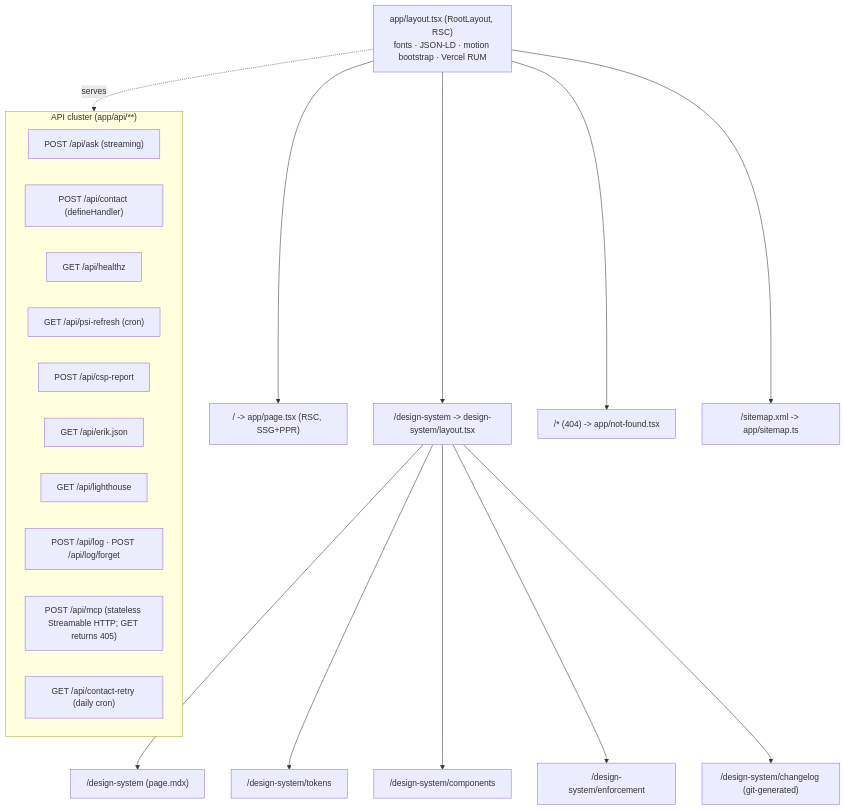
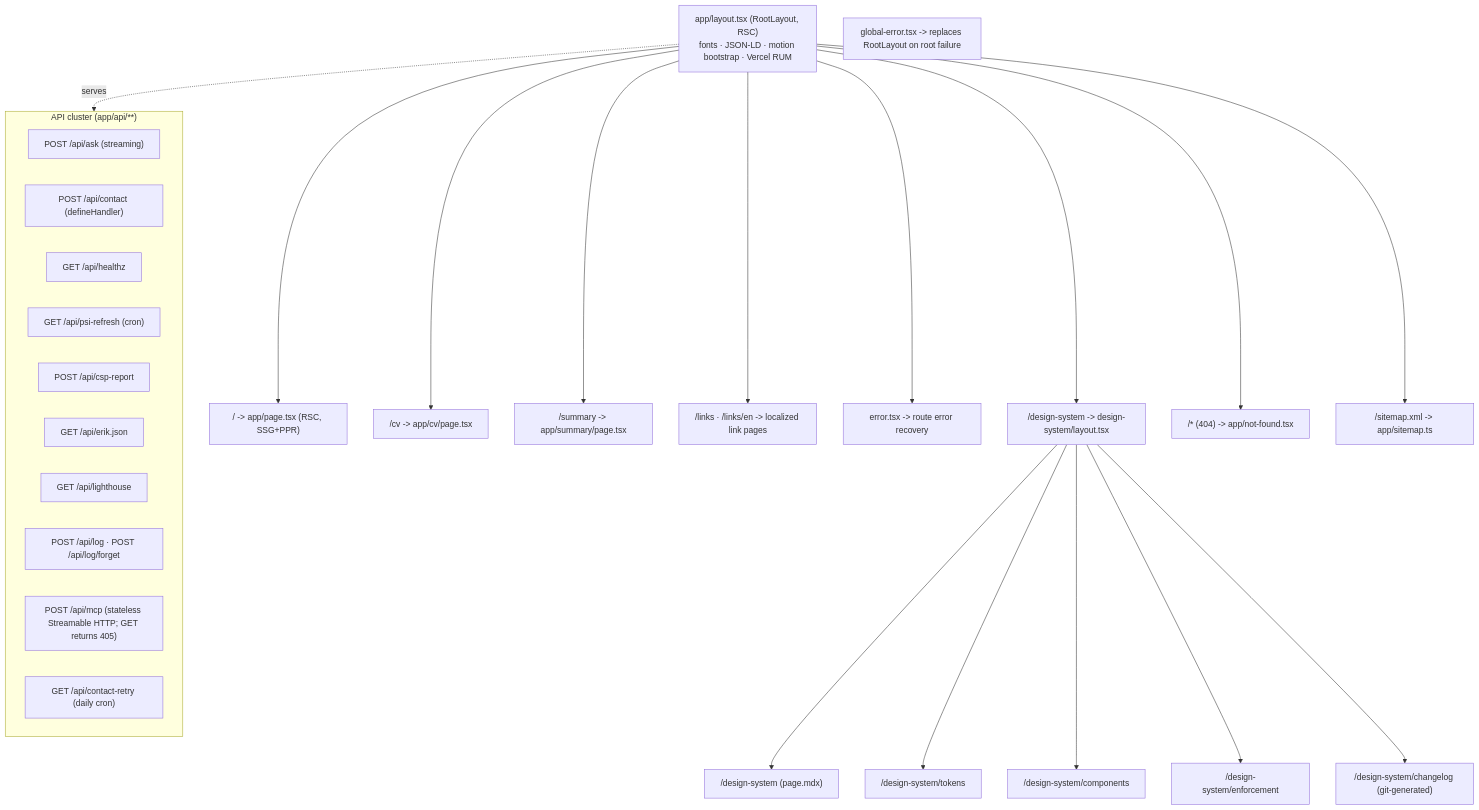
The first of 6 diagrams in docs/03-rendering-and-data-flow.md (erikunha/portfolio), drawn with Mermaid before and after one commit. The commit also changed other lines of this file and 7 other files, not shown here.

````diff
--- a/docs/03-rendering-and-data-flow.md
+++ b/docs/03-rendering-and-data-flow.md
@@ -7,26 +7,31 @@
 ```mermaid
 flowchart TD
     layout["app/layout.tsx (RootLayout, RSC)<br/>fonts · JSON-LD · motion bootstrap · Vercel RUM"]
     layout --> home["/ -> app/page.tsx (RSC, SSG+PPR)"]
+    layout --> cv["/cv -> app/cv/page.tsx"]
+    layout --> summary["/summary -> app/summary/page.tsx"]
+    layout --> links["/links · /links/en -> localized link pages"]
+    layout --> errors["error.tsx -> route error recovery"]
+    globalError["global-error.tsx -> replaces RootLayout on root failure"]
     layout --> ds["/design-system -> design-system/layout.tsx"]
     layout --> nf["/* (404) -> app/not-found.tsx"]
     layout --> sm["/sitemap.xml -> app/sitemap.ts"]
     ds --> ds1["/design-system (page.mdx)"]
     ds --> ds2["/design-system/tokens"]
     ds --> ds3["/design-system/components"]
     ds --> ds4["/design-system/enforcement"]
     ds --> ds5["/design-system/changelog (git-generated)"]
     subgraph api["API cluster (app/api/**)"]
       api1["POST /api/ask (streaming)"]
       api2["POST /api/contact (defineHandler)"]
       api3["GET /api/healthz"]
       api4["GET /api/psi-refresh (cron)"]
       api5["POST /api/csp-report"]
       api6["GET /api/erik.json"]
       api7["GET /api/lighthouse"]
       api8["POST /api/log · POST /api/log/forget"]
       api9["POST /api/mcp (stateless Streamable HTTP; GET returns 405)"]
       api10["GET /api/contact-retry (daily cron)"]
     end
     layout -.serves.-> api
 ```
````
